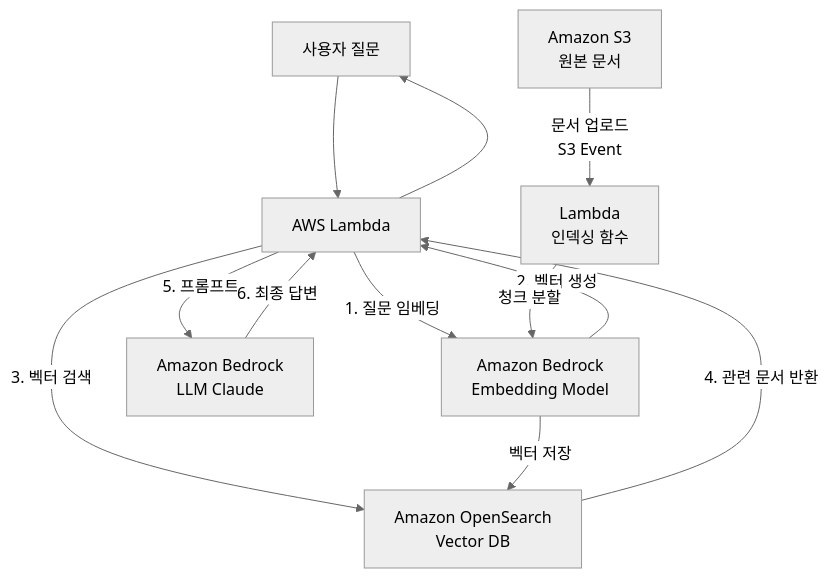
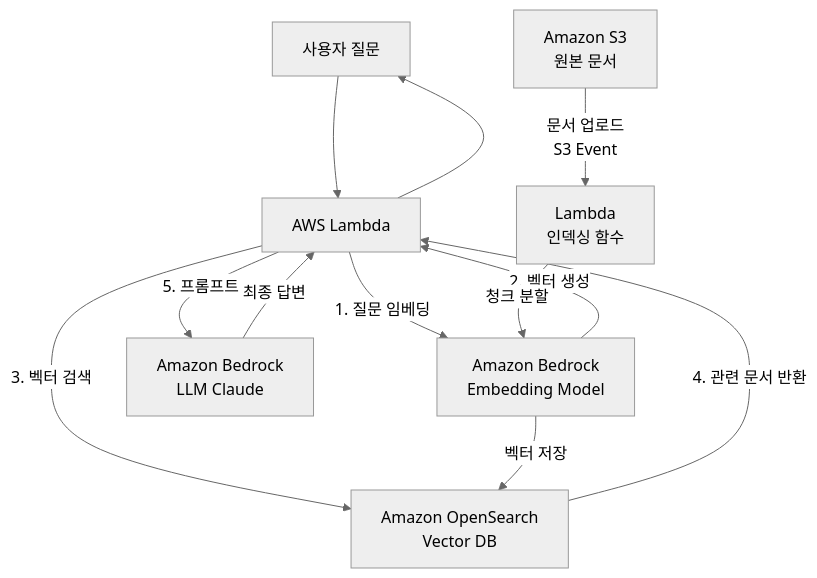
One commit to arabangoo/rag_vectordb_guide changed the first of 3 diagrams in opensearch_rag_guide/README.md. Above: the diagram before and after it, drawn with Mermaid (neutral theme).

Commit message:
Update final answer step in README

````diff
--- a/opensearch_rag_guide/README.md
+++ b/opensearch_rag_guide/README.md
@@ -189,15 +189,15 @@
 ```mermaid
 graph TD
     User[사용자 질문] --> Lambda[AWS Lambda]
     Lambda -->|1. 질문 임베딩| Bedrock_Embed[Amazon Bedrock<br/>Embedding Model]
     Bedrock_Embed -->|2. 벡터 생성| Lambda
     Lambda -->|3. 벡터 검색| OpenSearch[Amazon OpenSearch<br/>Vector DB]
     OpenSearch -->|4. 관련 문서 반환| Lambda
     Lambda -->|5. 프롬프트| Bedrock_LLM[Amazon Bedrock<br/>LLM Claude]
-    Bedrock_LLM -->|6. 최종 답변| Lambda
+    Bedrock_LLM -->|최종 답변| Lambda
     Lambda --> User
     
     S3[Amazon S3<br/>원본 문서] -->|문서 업로드<br/>S3 Event| Lambda_Indexing[Lambda<br/>인덱싱 함수]
     Lambda_Indexing -->|청크 분할| Bedrock_Embed
     Bedrock_Embed -->|벡터 저장| OpenSearch
 ```
````
